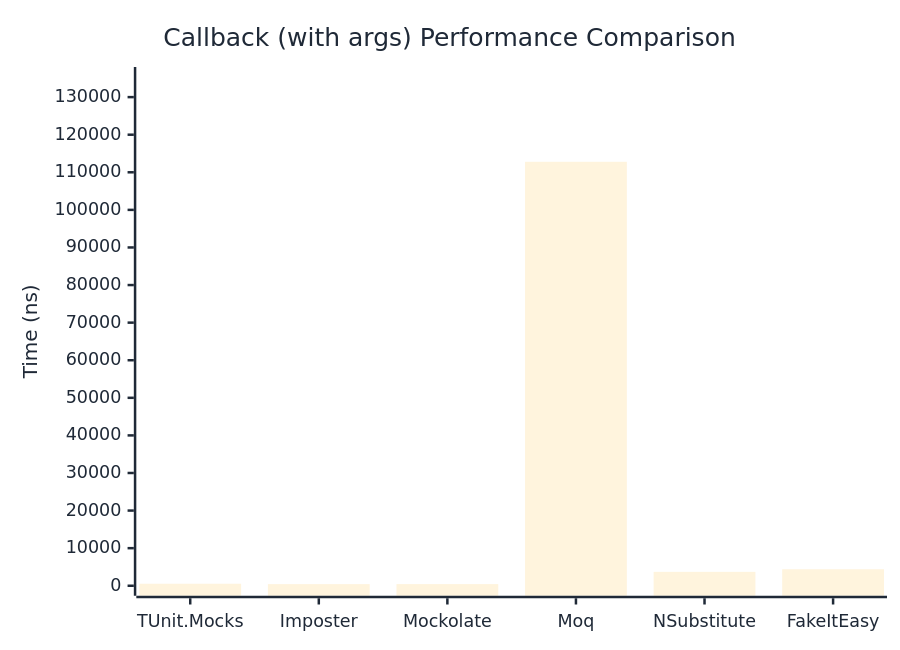
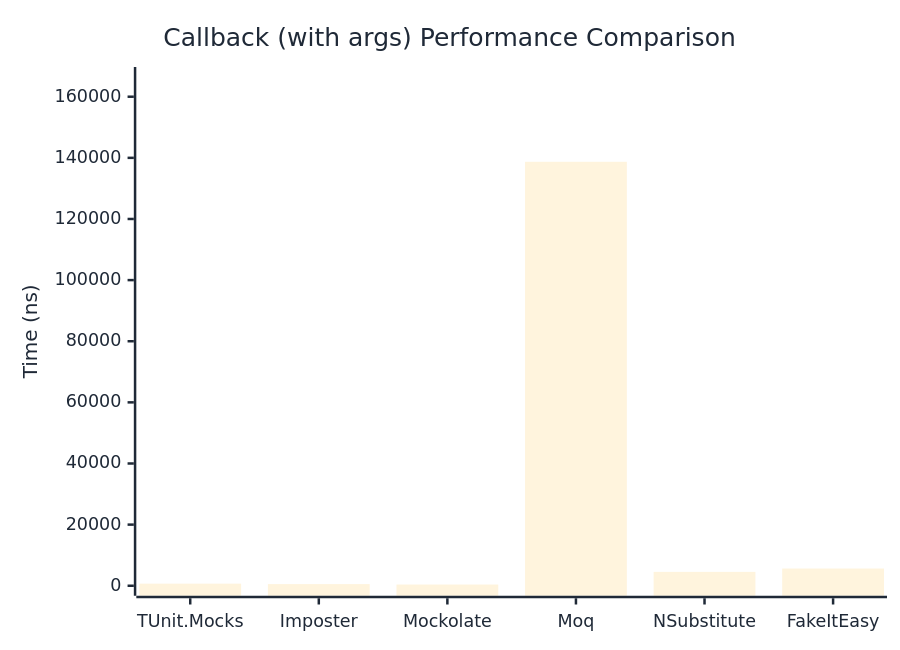
Before and after one commit to weiyilai/TUnit: the second of 2 diagrams in docs/docs/benchmarks/mocks/Callback.md, drawn with Mermaid. The commit also changed other lines of this file and 14 other files, not shown here.

````diff
--- a/docs/docs/benchmarks/mocks/Callback.md
+++ b/docs/docs/benchmarks/mocks/Callback.md
@@ -69,27 +69,27 @@
 ```mermaid
 %%{init: {
   'theme':'base',
   'themeVariables': {
     'primaryColor': '#2563eb',
     'primaryTextColor': '#1f2937',
     'primaryBorderColor': '#1e40af',
     'lineColor': '#6b7280',
     'secondaryColor': '#7c3aed',
     'tertiaryColor': '#dc2626',
     'background': '#ffffff',
     'pie1': '#2563eb',
     'pie2': '#7c3aed',
     'pie3': '#dc2626',
     'pie4': '#f59e0b',
     'pie5': '#10b981',
     'pie6': '#06b6d4',
     'pie7': '#ec4899',
     'pie8': '#6366f1'
   }
 }}%%
 xychart-beta
   title "Callback (with args) Performance Comparison"
   x-axis ["TUnit.Mocks", "Imposter", "Mockolate", "Moq", "NSubstitute", "FakeItEasy"]
-  y-axis "Time (ns)" 0 --> 135351
-  bar [540.3, 427.9, 437.3, 112792.1, 3696.3, 4393.3]
+  y-axis "Time (ns)" 0 --> 166450
+  bar [685.6, 534.3, 399.8, 138707.6, 4542.1, 5632.5]
 ```
````
